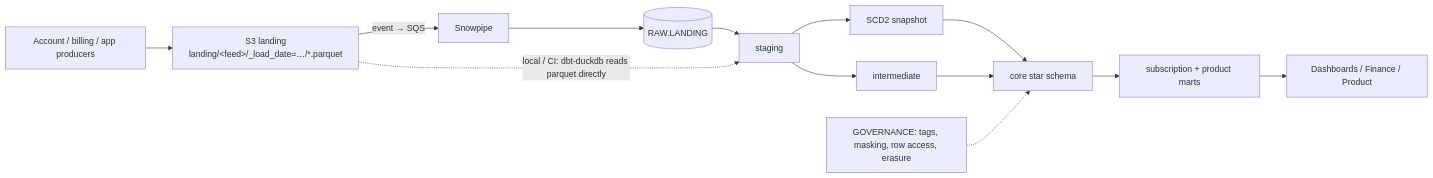
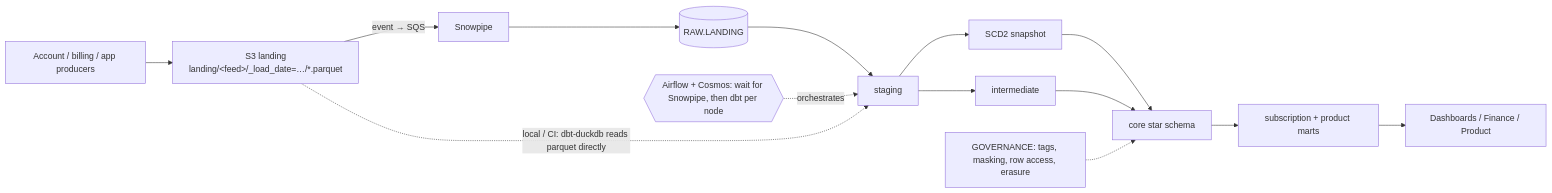
One commit to saravanaprabhu1398-afk/snowflake-dbt-subscription-warehouse changed the diagram in README.md. Above: the diagram before and after it, drawn with Mermaid. The commit also changed other lines of this file and 24 other files, not shown here.

First line of the commit message:
Orchestrate the prod run with Airflow + Cosmos, tested against Snowflake

````diff
--- a/README.md
+++ b/README.md
@@ -18,10 +18,11 @@
 ```mermaid
 flowchart LR
     P[Account / billing / app producers] --> S3["S3 landing<br/>landing/&lt;feed&gt;/_load_date=…/*.parquet"]
     S3 -- event → SQS --> PIPE[Snowpipe] --> RAW[(RAW.LANDING)]
     RAW --> STG[staging] --> SNAP[SCD2 snapshot] --> CORE[core star schema]
     STG --> INT[intermediate] --> CORE
     CORE --> MARTS[subscription + product marts] --> BI[Dashboards / Finance / Product]
     GOV[GOVERNANCE: tags, masking, row access, erasure] -.-> CORE
+    AF{{"Airflow + Cosmos: wait for Snowpipe, then dbt per node"}} -. orchestrates .-> STG
     S3 -. local / CI: dbt-duckdb reads parquet directly .-> STG
 ```
````
